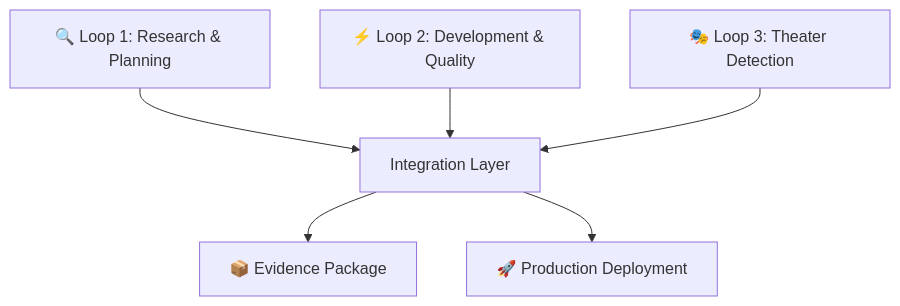
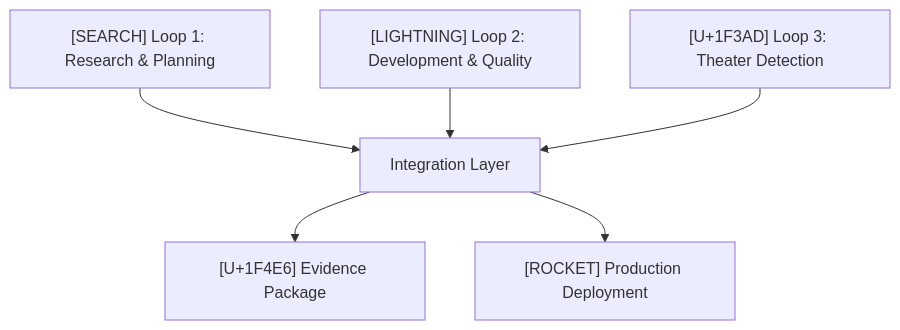
One commit to DNYoussef/Spek-template changed the diagram in README-EXTENDED.md. Above: the diagram before and after it, drawn with Mermaid. The commit also changed other lines of this file and 145 other files, not shown here.

````diff
--- a/README-EXTENDED.md
+++ b/README-EXTENDED.md
@@ -28,8 +28,8 @@
 ```mermaid
 graph TB
-    A["🔍 Loop 1: Research & Planning"] --> D["Integration Layer"]
-    B["⚡ Loop 2: Development & Quality"] --> D
-    C["🎭 Loop 3: Theater Detection"] --> D
-    D --> E["📦 Evidence Package"]
-    D --> F["🚀 Production Deployment"]
+    A["[SEARCH] Loop 1: Research & Planning"] --> D["Integration Layer"]
+    B["[LIGHTNING] Loop 2: Development & Quality"] --> D
+    C["[U+1F3AD] Loop 3: Theater Detection"] --> D
+    D --> E["[U+1F4E6] Evidence Package"]
+    D --> F["[ROCKET] Production Deployment"]
 ```
````
